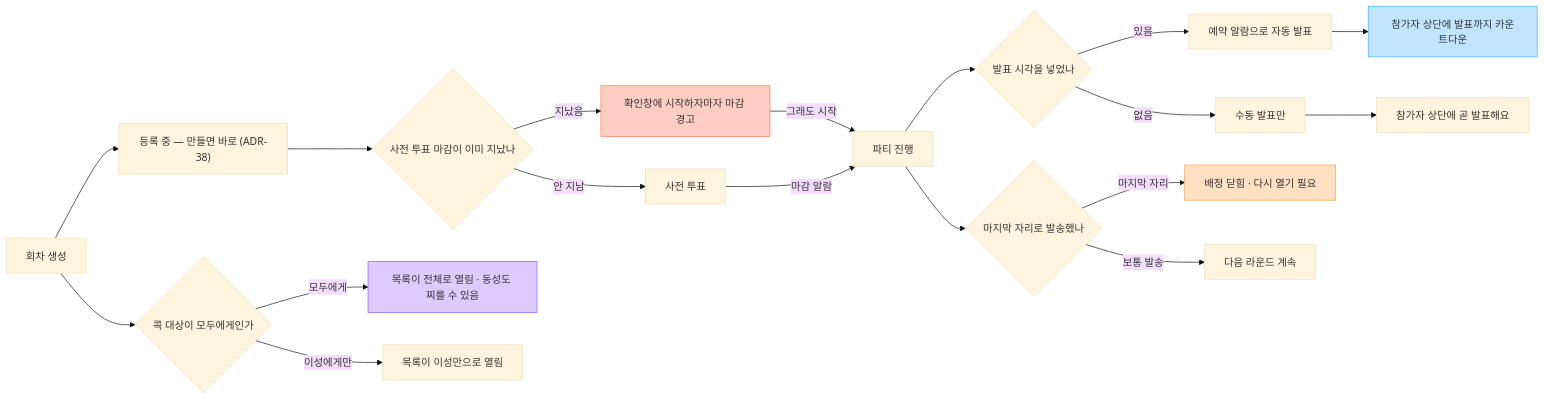
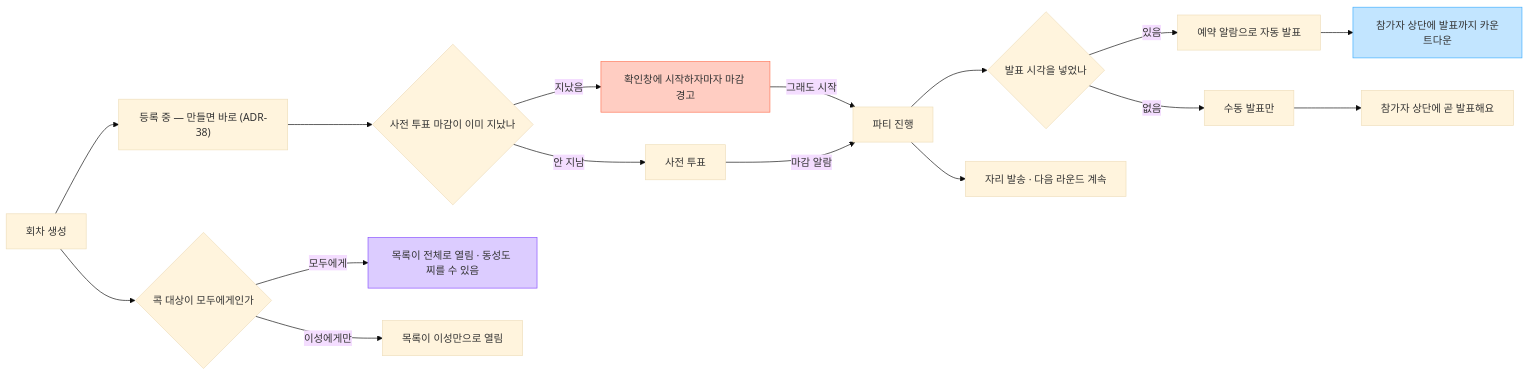
The sixth of 6 diagrams in docs/USER-FLOWS.md (xcellentbird/tone-pick), drawn with Mermaid (base theme) before and after one commit. The commit also changed other lines of this file and 21 other files, not shown here.

````diff
--- a/docs/USER-FLOWS.md
+++ b/docs/USER-FLOWS.md
@@ -276,47 +276,42 @@
 ```mermaid
 flowchart LR
     create["회차 생성"]
     sReg["등록 중 — 만들면 바로 (ADR-38)"]
     qClosed{"사전 투표 마감이 이미 지났나"}
     warn["확인창에 시작하자마자 마감 경고"]
     sPre["사전 투표"]
     sParty["파티 진행"]
     qReveal{"발표 시각을 넣었나"}
     autoDone["예약 알람으로 자동 발표"]
     manualDone["수동 발표만"]
     gCount["참가자 상단에 발표까지 카운트다운"]
     gSoon["참가자 상단에 곧 발표해요"]
 
     qSame{"콕 대상이 모두에게인가"}
     gAll["목록이 전체로 열림 · 동성도 찌를 수 있음"]
     gOpp["목록이 이성만으로 열림"]
 
-    qFinal{"마지막 자리로 발송했나"}
-    closedSeat["배정 닫힘 · 다시 열기 필요"]
-    openSeat["다음 라운드 계속"]
+    openSeat["자리 발송 · 다음 라운드 계속"]
 
     create --> sReg
     sReg --> qClosed
     qClosed -->|"지났음"| warn
     warn -->|"그래도 시작"| sParty
     qClosed -->|"안 지남"| sPre
     sPre -->|"마감 알람"| sParty
     sParty --> qReveal
     qReveal -->|"있음"| autoDone
     qReveal -->|"없음"| manualDone
     autoDone --> gCount
     manualDone --> gSoon
 
     create --> qSame
     qSame -->|"모두에게"| gAll
     qSame -->|"이성에게만"| gOpp
 
-    sParty --> qFinal
-    qFinal -->|"마지막 자리"| closedSeat
-    qFinal -->|"보통 발송"| openSeat
+    sParty --> openSeat
 
     style warn fill:#FFCDC2,stroke:#FF7556
-    style closedSeat fill:#FFE0C2,stroke:#FF9E42
     style gAll fill:#DCCCFF,stroke:#874FFF
     style gCount fill:#C2E5FF,stroke:#3DADFF
 ```
````
